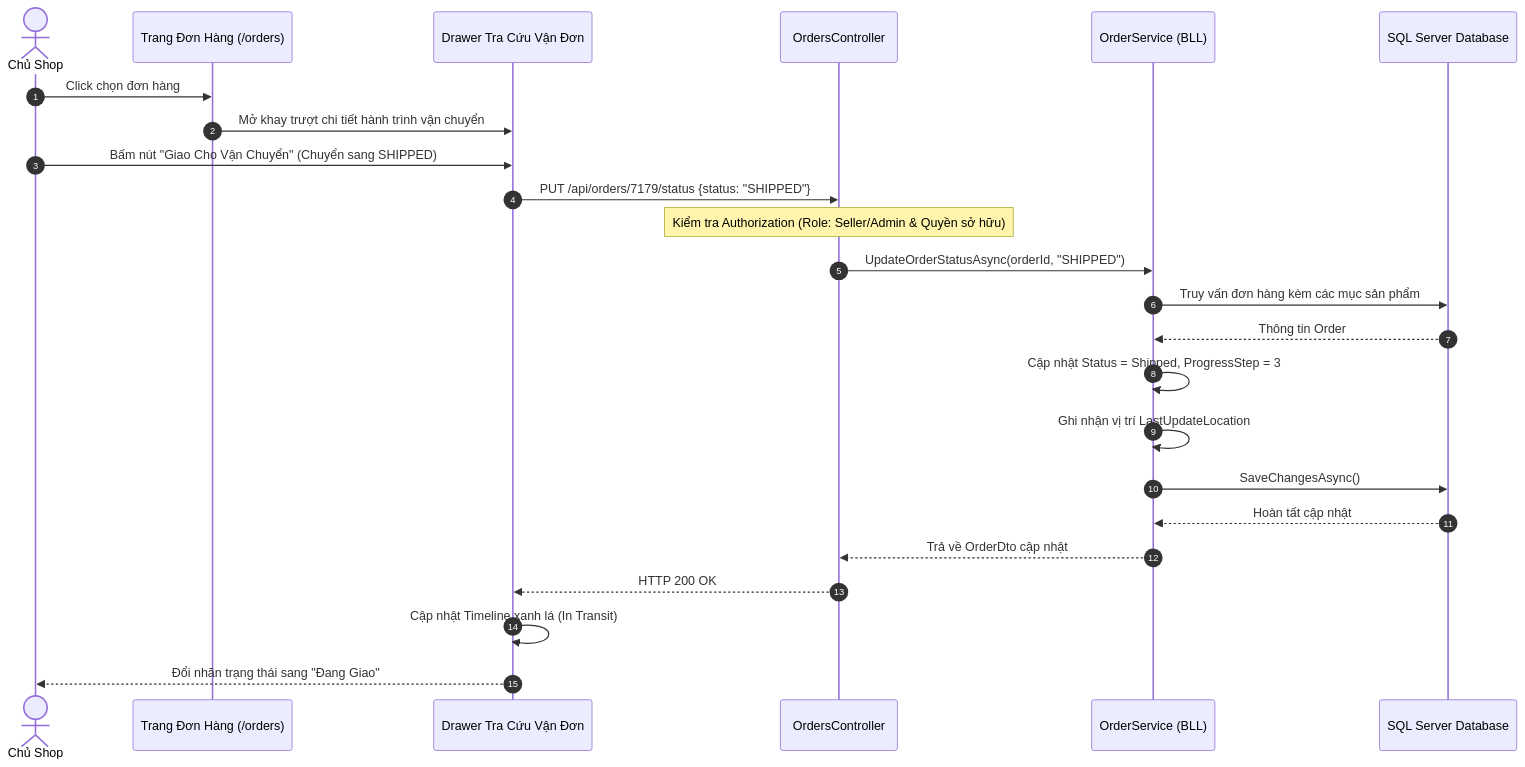
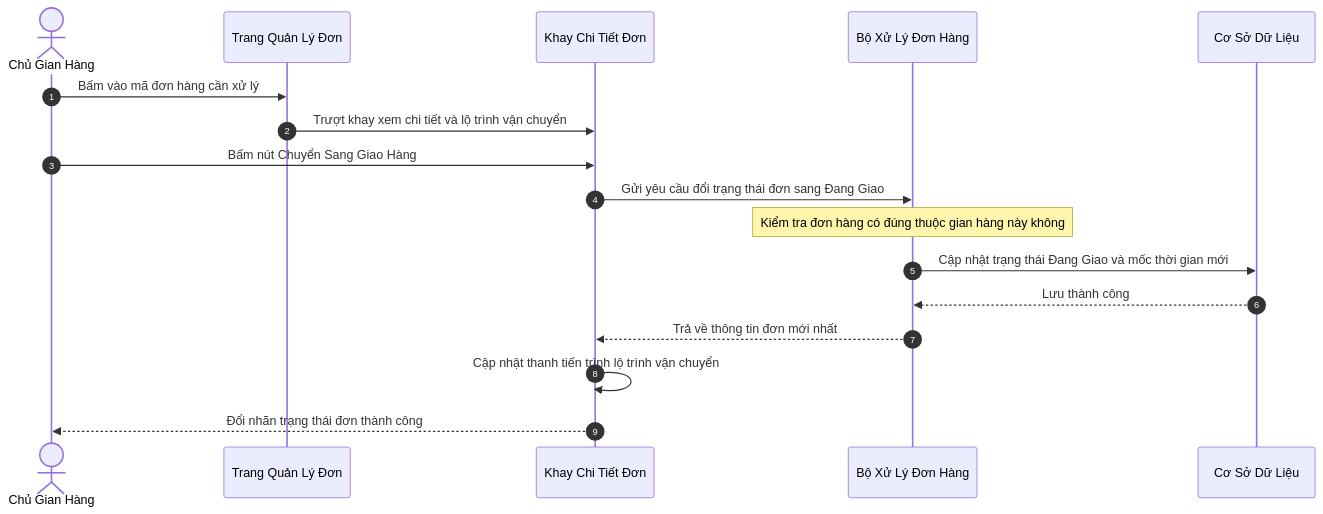
Diagram 14 of 16 in BAO_CAO_THIET_KE_HE_THONG.md (ducmanh-jr/aethelgard_shopping_mall), drawn with Mermaid before and after one commit. The commit also changed other lines of this file and 310 other files, not shown here.

Commit message:
hoàn thành

````diff
--- a/BAO_CAO_THIET_KE_HE_THONG.md
+++ b/BAO_CAO_THIET_KE_HE_THONG.md
@@ -538,30 +618,22 @@
 ```mermaid
 sequenceDiagram
     autonumber
-    actor Seller as Chủ Shop
-    participant OrdersUI as Trang Đơn Hàng (/orders)
-    participant Drawer as Drawer Tra Cứu Vận Đơn
-    participant OrderAPI as OrdersController
-    participant OrderService as OrderService (BLL)
-    participant DB as SQL Server Database
+    actor Seller as Chủ Gian Hàng
+    participant OrdersUI as Trang Quản Lý Đơn
+    participant Drawer as Khay Chi Tiết Đơn
+    participant OrderService as Bộ Xử Lý Đơn Hàng
+    participant DB as Cơ Sở Dữ Liệu
 
-    Seller->>OrdersUI: Click chọn đơn hàng #AG-2026-7179
-    OrdersUI->>Drawer: Mở khay trượt chi tiết hành trình vận chuyển
-    Seller->>Drawer: Bấm nút "Giao Cho Vận Chuyển" (Chuyển sang SHIPPED)
-    Drawer->>OrderAPI: PUT /api/orders/7179/status {status: "SHIPPED"}
+    Seller->>OrdersUI: Bấm vào mã đơn hàng cần xử lý
+    OrdersUI->>Drawer: Trượt khay xem chi tiết và lộ trình vận chuyển
+    Seller->>Drawer: Bấm nút Chuyển Sang Giao Hàng
+    Drawer->>OrderService: Gửi yêu cầu đổi trạng thái đơn sang Đang Giao
     
-    note over OrderAPI: Kiểm tra Authorization (Role: Seller/Admin & Quyền sở hữu)
-    OrderAPI->>OrderService: UpdateOrderStatusAsync(orderId, "SHIPPED")
-    OrderService->>DB: Truy vấn đơn hàng kèm các mục sản phẩm
-    DB-->>OrderService: Thông tin Order
+    note over OrderService: Kiểm tra đơn hàng có đúng thuộc gian hàng này không
+    OrderService->>DB: Cập nhật trạng thái Đang Giao và mốc thời gian mới
+    DB-->>OrderService: Lưu thành công
     
-    OrderService->>OrderService: Cập nhật Status = Shipped, ProgressStep = 3
-    OrderService->>OrderService: Ghi nhận vị trí LastUpdateLocation
-    OrderService->>DB: SaveChangesAsync()
-    DB-->>OrderService: Hoàn tất cập nhật
-    
-    OrderService-->>OrderAPI: Trả về OrderDto cập nhật
-    OrderAPI-->>Drawer: HTTP 200 OK
-    Drawer->>Drawer: Cập nhật Timeline xanh lá (In Transit)
-    Drawer-->>Seller: Đổi nhãn trạng thái sang "Đang Giao"
+    OrderService-->>Drawer: Trả về thông tin đơn mới nhất
+    Drawer->>Drawer: Cập nhật thanh tiến trình lộ trình vận chuyển
+    Drawer-->>Seller: Đổi nhãn trạng thái đơn thành công
 ```
````
